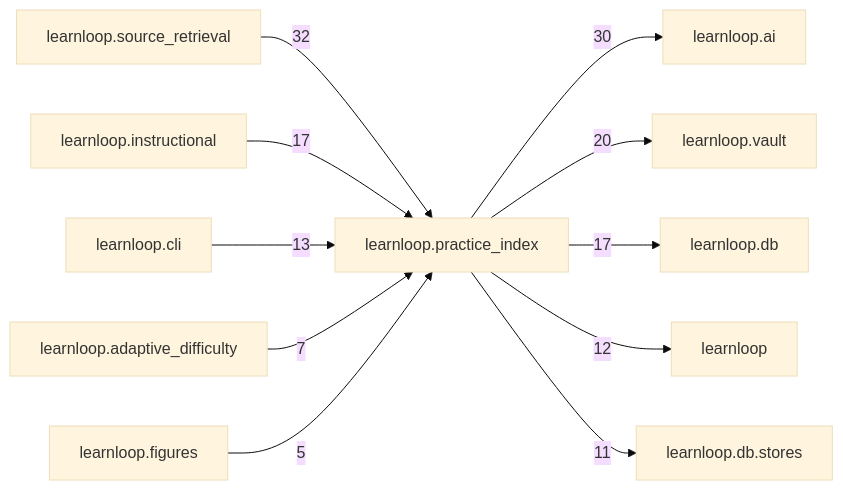
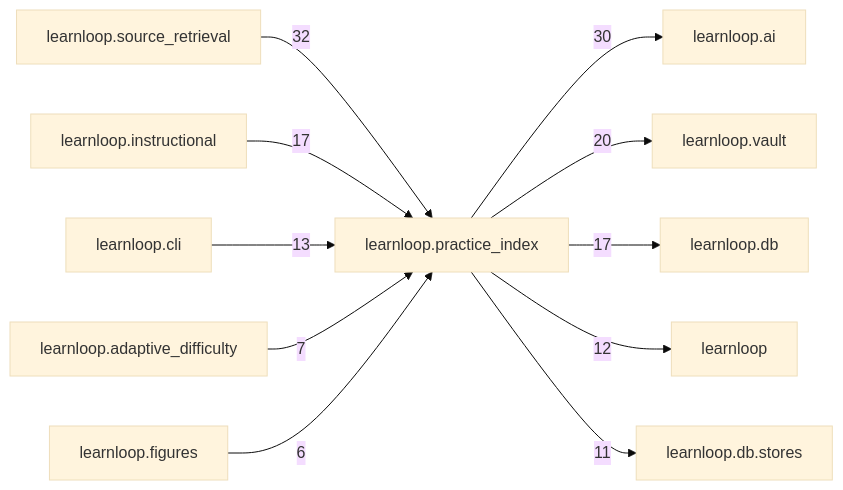
The diagram in docs/learnloop-architecture-vault/Reference/Modules/learnloop/practice_index/_package.md (6up-b/learnanything), drawn with Mermaid (base theme) before and after one commit. The commit also changed other lines of this file and 68 other files, not shown here.

````diff
--- a/docs/learnloop-architecture-vault/Reference/Modules/learnloop/practice_index/_package.md
+++ b/docs/learnloop-architecture-vault/Reference/Modules/learnloop/practice_index/_package.md
@@ -108,24 +108,24 @@
 ```mermaid
 flowchart LR
     center["learnloop.practice_index"]
     n_learnloop_source_retrieval["learnloop.source_retrieval"]
     n_learnloop_ai["learnloop.ai"]
     n_learnloop_vault["learnloop.vault"]
     n_learnloop_db["learnloop.db"]
     n_learnloop_instructional["learnloop.instructional"]
     n_learnloop_cli["learnloop.cli"]
     n_learnloop["learnloop"]
     n_learnloop_db_stores["learnloop.db.stores"]
     n_learnloop_adaptive_difficulty["learnloop.adaptive_difficulty"]
     n_learnloop_figures["learnloop.figures"]
     n_learnloop_source_retrieval -->|32| center
     center -->|30| n_learnloop_ai
     center -->|20| n_learnloop_vault
     center -->|17| n_learnloop_db
     n_learnloop_instructional -->|17| center
     n_learnloop_cli -->|13| center
     center -->|12| n_learnloop
     center -->|11| n_learnloop_db_stores
     n_learnloop_adaptive_difficulty -->|7| center
-    n_learnloop_figures -->|5| center
+    n_learnloop_figures -->|6| center
 ```
````
